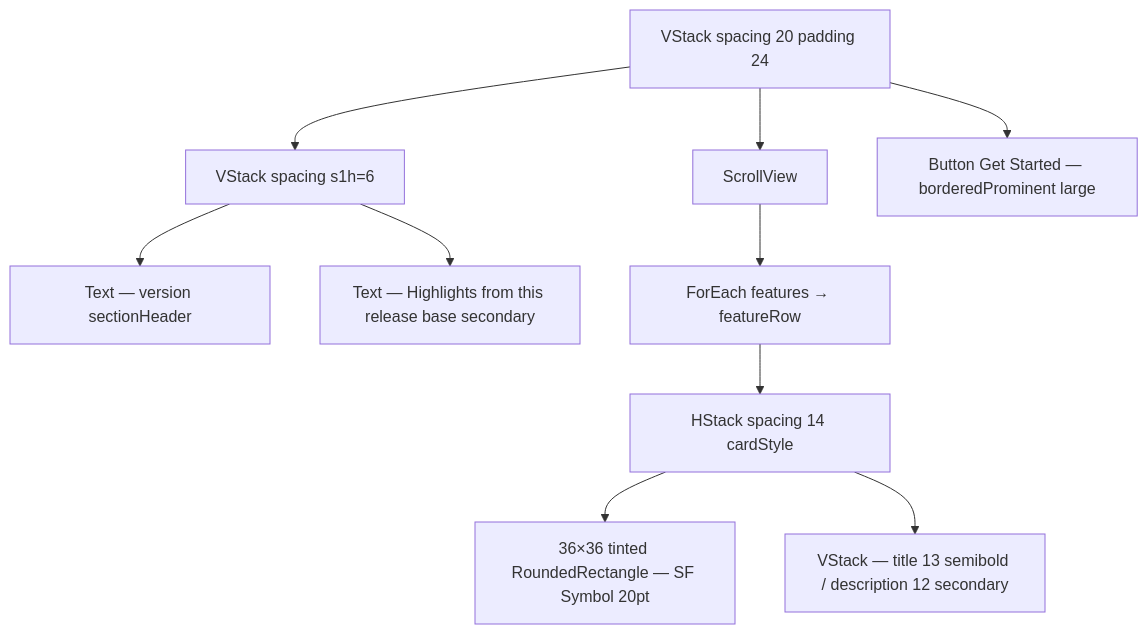
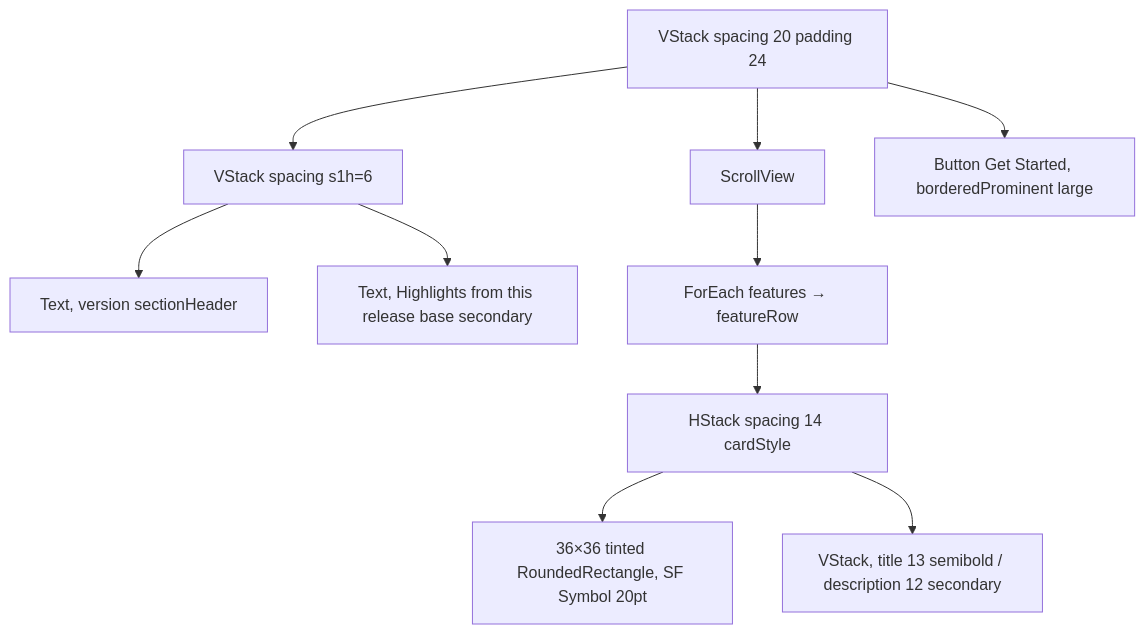
One commit to MrDemonWolf/WolfWave changed the diagram in design-system/components/whats-new-view.md. Above: the diagram before and after it, drawn with Mermaid. The commit also changed other lines of this file and 152 other files, not shown here.

````diff
--- a/design-system/components/whats-new-view.md
+++ b/design-system/components/whats-new-view.md
@@ -36,12 +36,12 @@
 ```mermaid
 graph TB
   Sheet[VStack spacing 20 padding 24] --> Header[VStack spacing s1h=6]
-  Header --> Title[Text — version sectionHeader]
-  Header --> Tagline[Text — Highlights from this release base secondary]
+  Header --> Title[Text, version sectionHeader]
+  Header --> Tagline[Text, Highlights from this release base secondary]
   Sheet --> List[ScrollView]
   List --> Rows[ForEach features → featureRow]
-  Sheet --> CTA[Button Get Started — borderedProminent large]
+  Sheet --> CTA[Button Get Started, borderedProminent large]
   Rows --> Row[HStack spacing 14 cardStyle]
-  Row --> IconTile[36×36 tinted RoundedRectangle — SF Symbol 20pt]
-  Row --> RowText[VStack — title 13 semibold / description 12 secondary]
+  Row --> IconTile[36×36 tinted RoundedRectangle, SF Symbol 20pt]
+  Row --> RowText[VStack, title 13 semibold / description 12 secondary]
 ```
````
